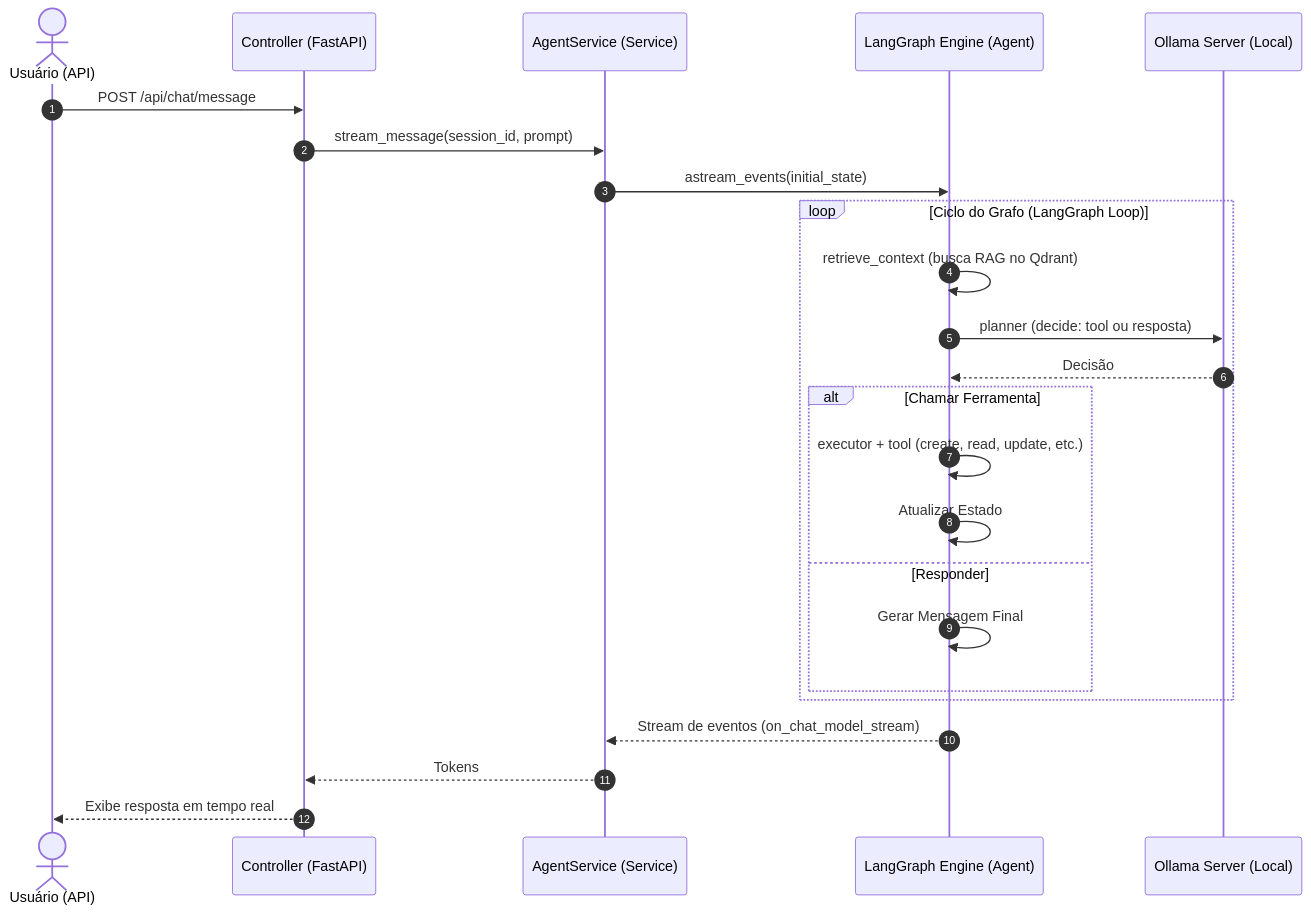
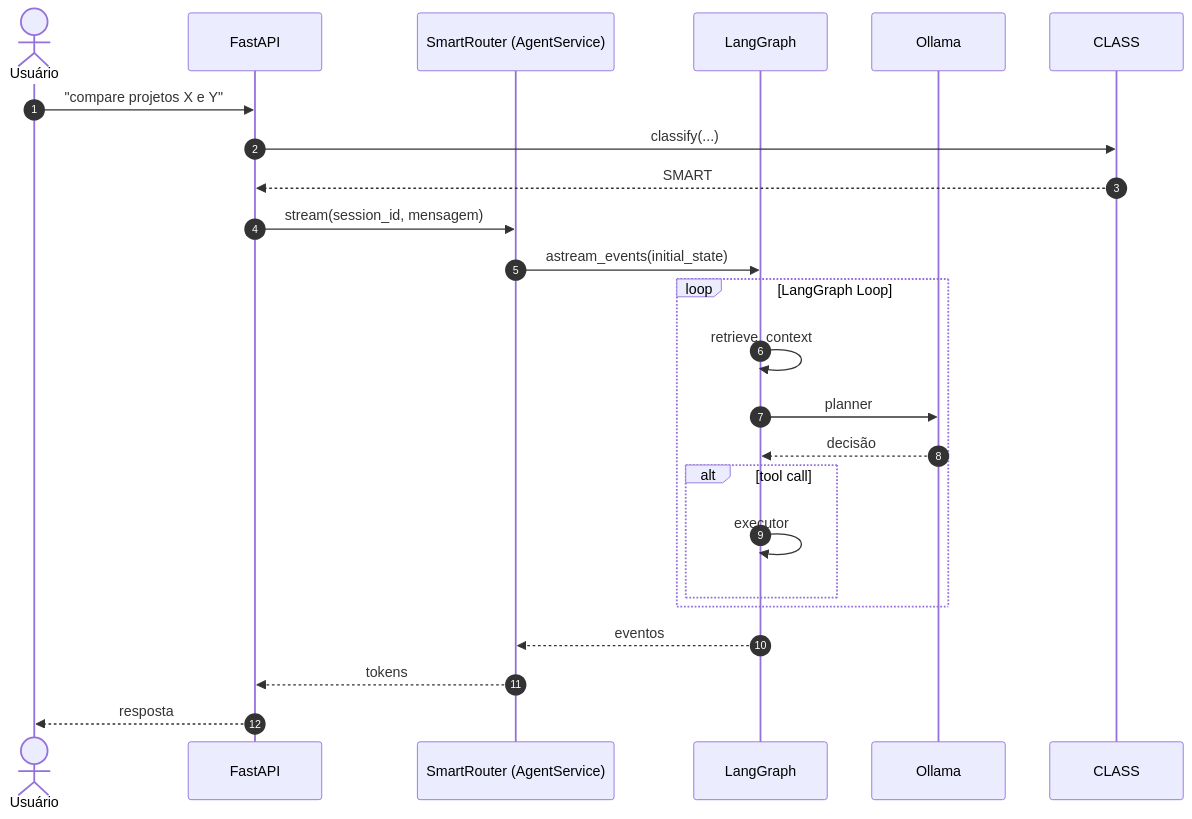
Before and after one commit to Brian5m1th/K.A.O.S: the third of 4 diagrams in docs/02_fluxo_dados.md, drawn with Mermaid. The commit also changed other lines of this file and 2 other files, not shown here.

````diff
--- a/docs/02_fluxo_dados.md
+++ b/docs/02_fluxo_dados.md
@@ -43,29 +108,28 @@
 ```mermaid
 sequenceDiagram
     autonumber
-    actor User as Usuário (API)
-    participant API as Controller (FastAPI)
-    participant SVC as AgentService (Service)
-    participant GRAPH as LangGraph Engine (Agent)
-    participant LLM as Ollama Server (Local)
+    actor User as Usuário
+    participant API as FastAPI
+    participant SVC as SmartRouter (AgentService)
+    participant GRAPH as LangGraph
+    participant LLM as Ollama
 
-    User->>API: POST /api/chat/message
-    API->>SVC: stream_message(session_id, prompt)
+    User->>API: "compare projetos X e Y"
+    API->>CLASS: classify(...)
+    CLASS-->>API: SMART
+    API->>SVC: stream(session_id, mensagem)
     SVC->>GRAPH: astream_events(initial_state)
     
-    loop Ciclo do Grafo (LangGraph Loop)
-        GRAPH->>GRAPH: retrieve_context (busca RAG no Qdrant)
-        GRAPH->>LLM: planner (decide: tool ou resposta)
-        LLM-->>GRAPH: Decisão
-        alt Chamar Ferramenta
-            GRAPH->>GRAPH: executor + tool (create, read, update, etc.)
-            GRAPH->>GRAPH: Atualizar Estado
-        else Responder
-            GRAPH->>GRAPH: Gerar Mensagem Final
+    loop LangGraph Loop
+        GRAPH->>GRAPH: retrieve_context
+        GRAPH->>LLM: planner
+        LLM-->>GRAPH: decisão
+        alt tool call
+            GRAPH->>GRAPH: executor
         end
     end
     
-    GRAPH-->>SVC: Stream de eventos (on_chat_model_stream)
-    SVC-->>API: Tokens
-    API-->>User: Exibe resposta em tempo real
+    GRAPH-->>SVC: eventos
+    SVC-->>API: tokens
+    API-->>User: resposta
 ```
````
